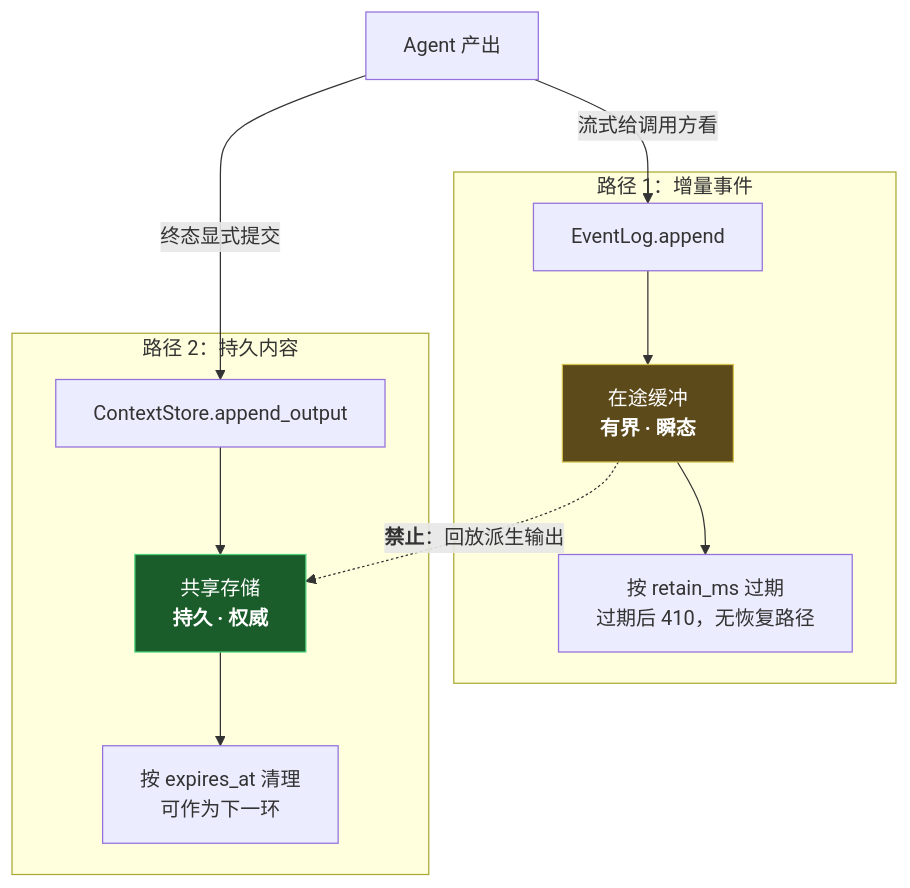
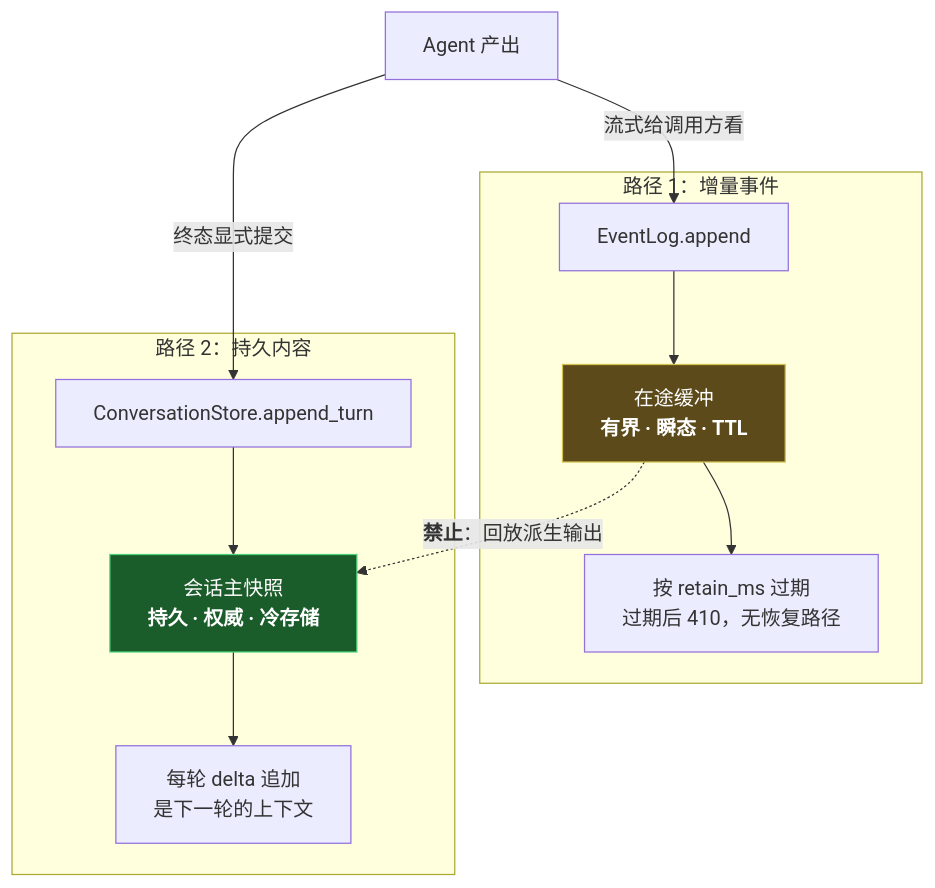
The fifth of 8 diagrams in docs/design/00-architecture-review.md (charleslyh/nova-chat), drawn with Mermaid before and after one commit. The commit also changed other lines of this file and 58 other files, not shown here.

````diff
--- a/docs/design/00-architecture-review.md
+++ b/docs/design/00-architecture-review.md
@@ -452,26 +458,26 @@
 ```mermaid
 graph TB
     X["Agent 产出"]
 
     subgraph P1["路径 1：增量事件"]
         E1["EventLog.append"]
-        E2["在途缓冲<br/><b>有界 · 瞬态</b>"]
+        E2["在途缓冲<br/><b>有界 · 瞬态 · TTL</b>"]
         E3["按 retain_ms 过期<br/>过期后 410，无恢复路径"]
     end
 
     subgraph P2["路径 2：持久内容"]
-        S1["ContextStore.append_output"]
-        S2["共享存储<br/><b>持久 · 权威</b>"]
-        S3["按 expires_at 清理<br/>可作为下一环"]
+        S1["ConversationStore.append_turn"]
+        S2["会话主快照<br/><b>持久 · 权威 · 冷存储</b>"]
+        S3["每轮 delta 追加<br/>是下一轮的上下文"]
     end
 
     X -->|"流式给调用方看"| E1
     X -->|"终态显式提交"| S1
     E1 --> E2 --> E3
     S1 --> S2 --> S3
 
     E2 -.->|"<b>禁止</b>：回放派生输出"| S2
 
     style E2 fill:#5c4a1a,stroke:#d4c04d,color:#fff
     style S2 fill:#1a5c2a,stroke:#4dd47a,color:#fff
 ```
````
